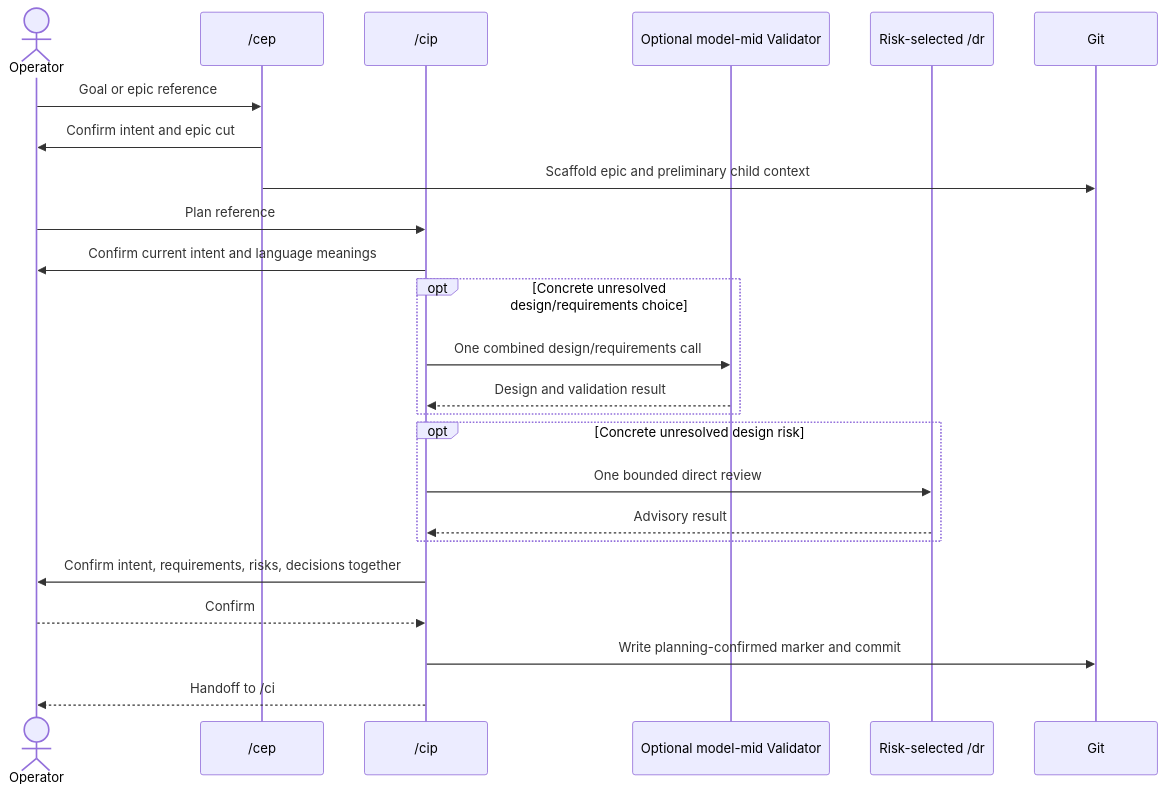
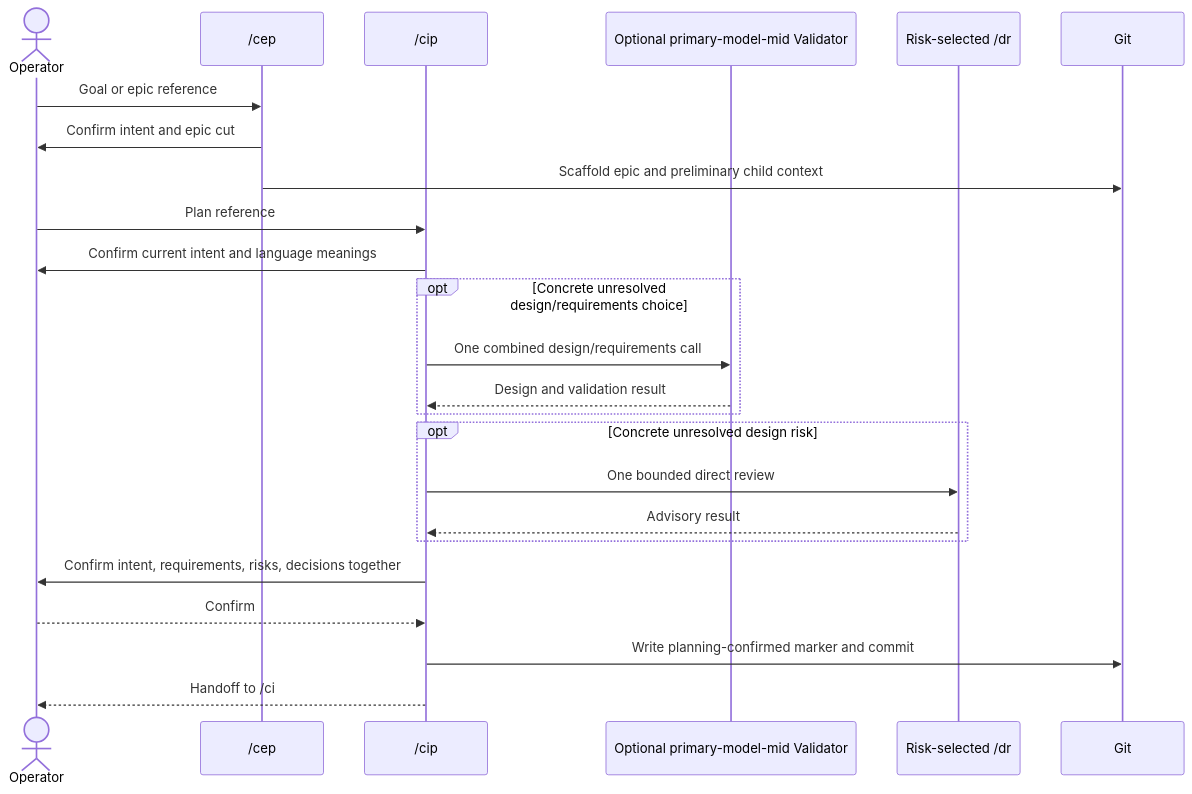
One commit to jIRI-san/skalary changed the first of 2 diagrams in docs/operator-guide/planning.md. Above: the diagram before and after it, drawn with Mermaid. The commit also changed other lines of this file and 56 other files, not shown here.

````diff
--- a/docs/operator-guide/planning.md
+++ b/docs/operator-guide/planning.md
@@ -8,26 +8,26 @@
 ```mermaid
 sequenceDiagram
     actor Operator
     participant CEP as /cep
     participant CIP as /cip
-    participant Native as Optional model-mid Validator
+    participant Native as Optional primary-model-mid Validator
     participant DR as Risk-selected /dr
     participant Git
     Operator->>CEP: Goal or epic reference
     CEP->>Operator: Confirm intent and epic cut
     CEP->>Git: Scaffold epic and preliminary child context
     Operator->>CIP: Plan reference
     CIP->>Operator: Confirm current intent and language meanings
     opt Concrete unresolved design/requirements choice
         CIP->>Native: One combined design/requirements call
         Native-->>CIP: Design and validation result
     end
     opt Concrete unresolved design risk
         CIP->>DR: One bounded direct review
         DR-->>CIP: Advisory result
     end
     CIP->>Operator: Confirm intent, requirements, risks, decisions together
     Operator-->>CIP: Confirm
     CIP->>Git: Write planning-confirmed marker and commit
     CIP-->>Operator: Handoff to /ci
 ```
````
